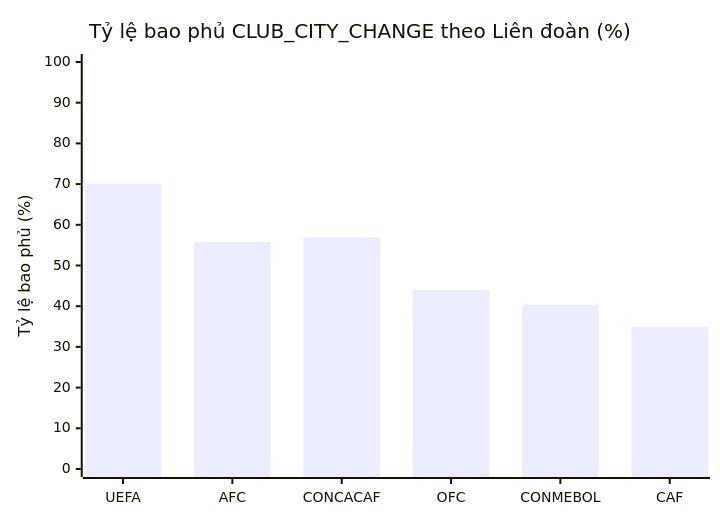
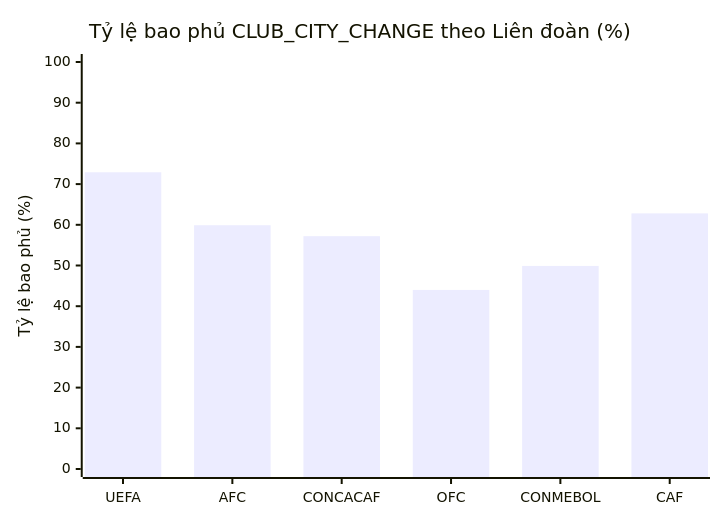
One commit to ddthumonky88/fm24-lnc changed the diagram in CHECKLIST.md. Above: the diagram before and after it, drawn with Mermaid. The commit also changed other lines of this file and 2 other files, not shown here.

````diff
--- a/CHECKLIST.md
+++ b/CHECKLIST.md
@@ -14,7 +14,7 @@
 ```mermaid
 xychart-beta
     title "Tỷ lệ bao phủ CLUB_CITY_CHANGE theo Liên đoàn (%)"
     x-axis ["UEFA", "AFC", "CONCACAF", "OFC", "CONMEBOL", "CAF"]
     y-axis "Tỷ lệ bao phủ (%)" 0 --> 100
-    bar [70.1, 55.8, 56.9, 44.0, 40.4, 34.9]
+    bar [72.9, 59.9, 57.2, 44.0, 49.9, 62.8]
 ```
````
